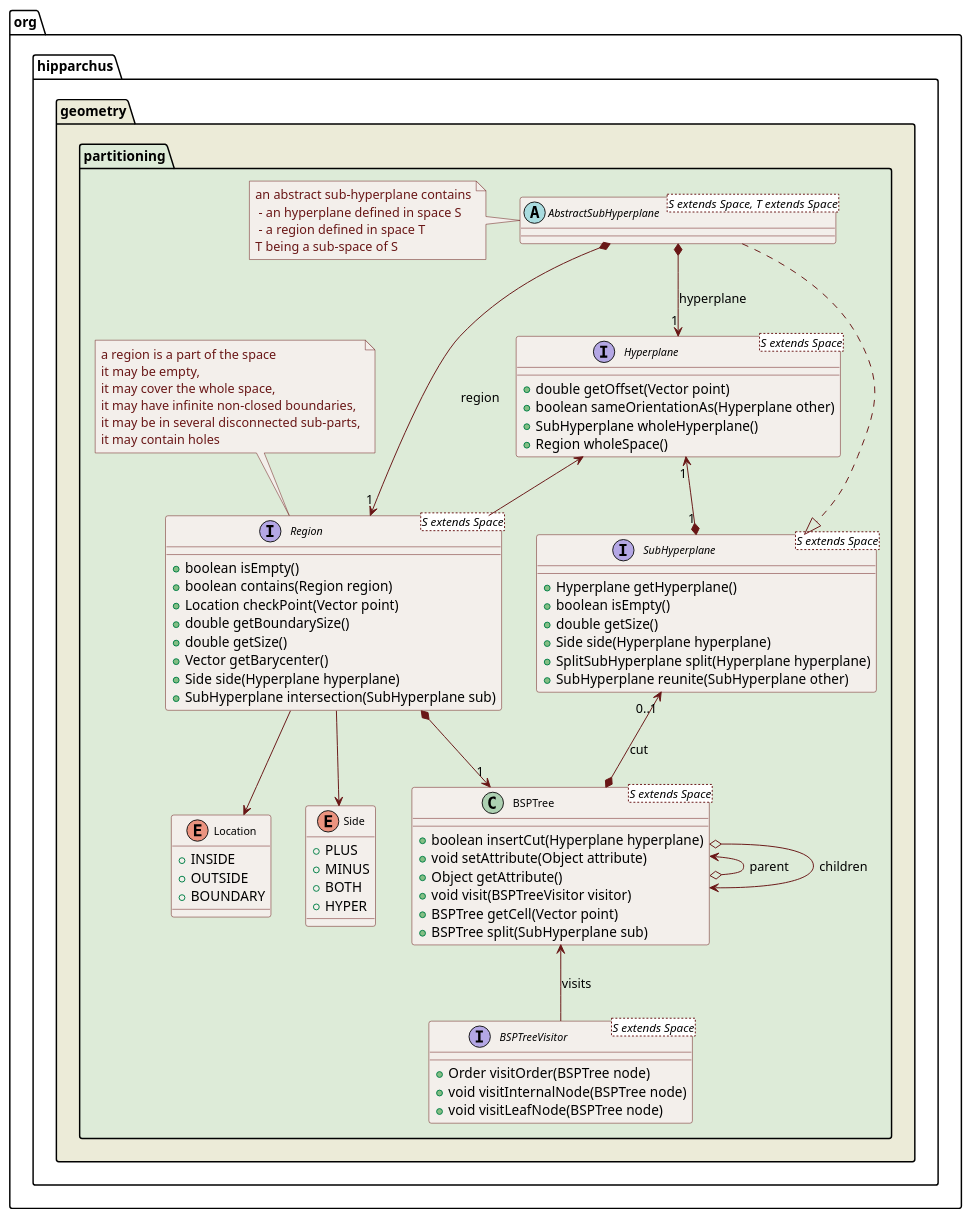
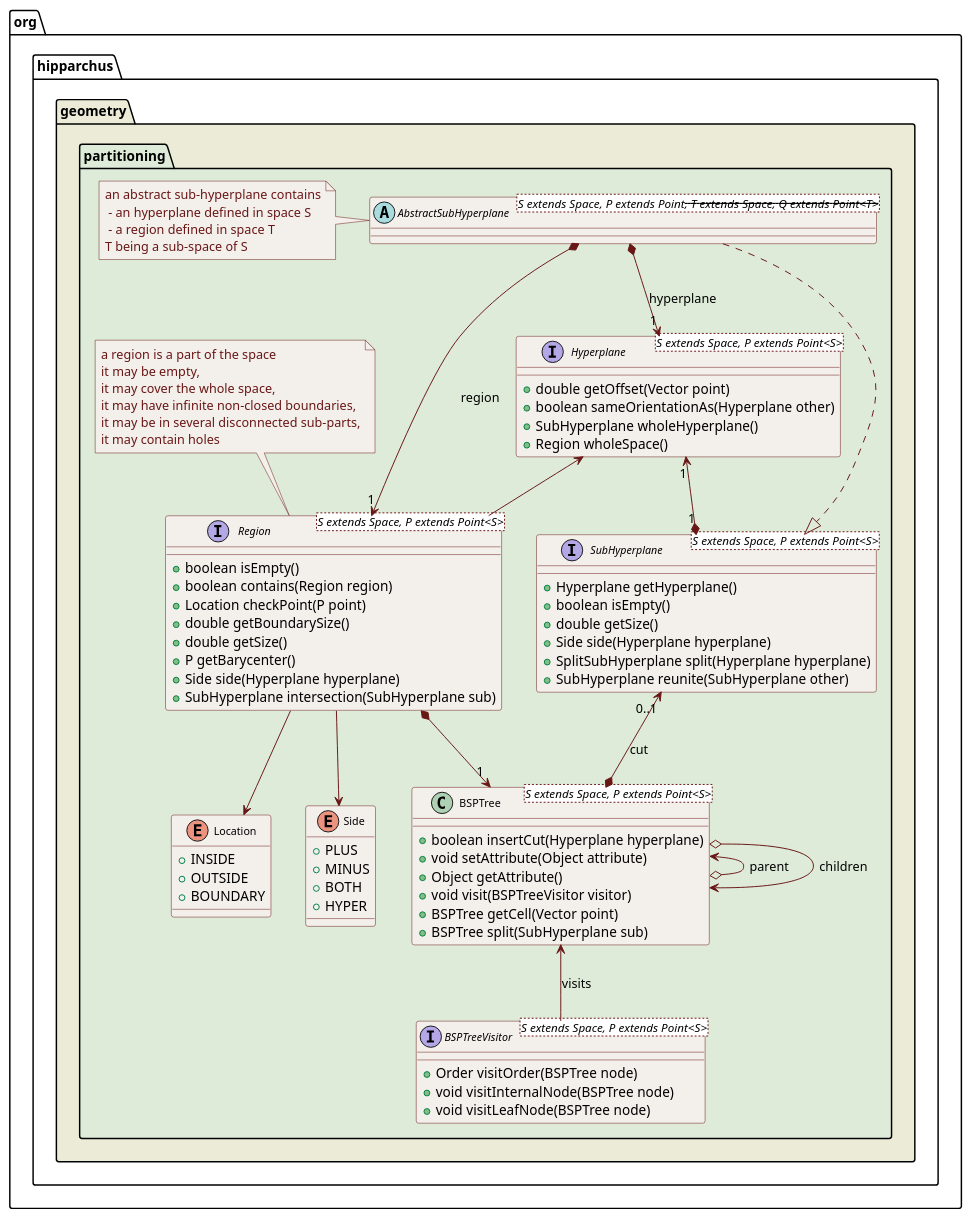
Before and after one commit to Hipparchus-Math/hipparchus: the diagram in hipparchus-geometry/src/site/design/partitioning.puml, drawn with PlantUML. The commit also changed 5 other files, not shown here.

```diff
--- a/hipparchus-geometry/src/site/design/partitioning.puml
+++ b/hipparchus-geometry/src/site/design/partitioning.puml
@@ -16,103 +16,103 @@
 @startuml
 
   skinparam svek                  true
   skinparam ClassBackgroundColor  #F3EFEB
   skinparam ClassArrowColor       #691616
   skinparam ClassBorderColor      #691616
   skinparam NoteBackgroundColor   #F3EFEB
   skinparam NoteBorderColor       #691616
   skinparam NoteFontColor         #691616
   skinparam ClassFontSize         11
 
   package org.hipparchus.geometry #ECEBD8 {
 
     package partitioning #DDEBD8 {
 
-      abstract "AbstractSubHyperplane<S extends Space, T extends Space>" as AbstractSubHyperplane_S_T_
+      abstract "AbstractSubHyperplane<S extends Space, P extends Point<S>, T extends Space, Q extends Point<T>>" as AbstractSubHyperplane_S_T_
       note left
         an abstract sub-hyperplane contains
          - an hyperplane defined in space S
          - a region defined in space T
         T being a sub-space of S
       end note
 
-      interface "Hyperplane<S extends Space>" as Hyperplane_S_ {
+      interface "Hyperplane<S extends Space, P extends Point<S>>" as Hyperplane_S_ {
         +double getOffset(Vector point)
         +boolean sameOrientationAs(Hyperplane other)
         +SubHyperplane wholeHyperplane()
         +Region wholeSpace()
       }
 
-      interface "SubHyperplane<S extends Space>" as SubHyperplane_S_ {
+      interface "SubHyperplane<S extends Space, P extends Point<S>>" as SubHyperplane_S_ {
         +Hyperplane getHyperplane()
         +boolean isEmpty()
         +double getSize()
         +Side side(Hyperplane hyperplane)
         +SplitSubHyperplane split(Hyperplane hyperplane)
         +SubHyperplane reunite(SubHyperplane other)
       }
 
-      class "BSPTree<S extends Space>" as BSPTree_S_ {
+      class "BSPTree<S extends Space, P extends Point<S>>" as BSPTree_S_ {
         +boolean insertCut(Hyperplane hyperplane)
         +void setAttribute(Object attribute)
         +Object getAttribute()
         +void visit(BSPTreeVisitor visitor)
         +BSPTree getCell(Vector point)
         +BSPTree split(SubHyperplane sub)
       }
 
-      interface "BSPTreeVisitor<S extends Space>" as BSPTreeVisitor_S_ {
+      interface "BSPTreeVisitor<S extends Space, P extends Point<S>>" as BSPTreeVisitor_S_ {
         +Order visitOrder(BSPTree node)
         +void visitInternalNode(BSPTree node)
         +void visitLeafNode(BSPTree node)
       }
 
-      interface "Region<S extends Space>" as Region_S_ {
+      interface "Region<S extends Space, P extends Point<S>>" as Region_S_ {
         +boolean isEmpty()
         +boolean contains(Region region)
-        +Location checkPoint(Vector point)
+        +Location checkPoint(P point)
         +double getBoundarySize()
         +double getSize()
-        +Vector getBarycenter()
+        +P getBarycenter()
         +Side side(Hyperplane hyperplane)
         +SubHyperplane intersection(SubHyperplane sub)
       }
       note top
         a region is a part of the space
         it may be empty,
         it may cover the whole space,
         it may have infinite non-closed boundaries,
         it may be in several disconnected sub-parts,
         it may contain holes
       end note
 
       enum Location {
         +INSIDE
         +OUTSIDE
         +BOUNDARY
       }
 
       enum Side {
         +PLUS
         +MINUS
         +BOTH
         +HYPER
       }
 
       Hyperplane_S_ "1" <--* "1" SubHyperplane_S_
       SubHyperplane_S_ "0..1" <--* BSPTree_S_ : cut
       BSPTree_S_ <--o BSPTree_S_ : "parent      "
       BSPTree_S_ o--> BSPTree_S_ : "children"
       Region_S_ *-->  "1" BSPTree_S_
       Hyperplane_S_  <-- Region_S_
       AbstractSubHyperplane_S_T_ ..|> SubHyperplane_S_
       AbstractSubHyperplane_S_T_ *--> "1" Hyperplane_S_ : hyperplane
       AbstractSubHyperplane_S_T_ *--> "1" Region_S_ : region
       Region_S_ --> Location
       Region_S_ --> Side
       BSPTree_S_ <-- BSPTreeVisitor_S_ : visits
 
     }
 
   }
 @enduml
```
